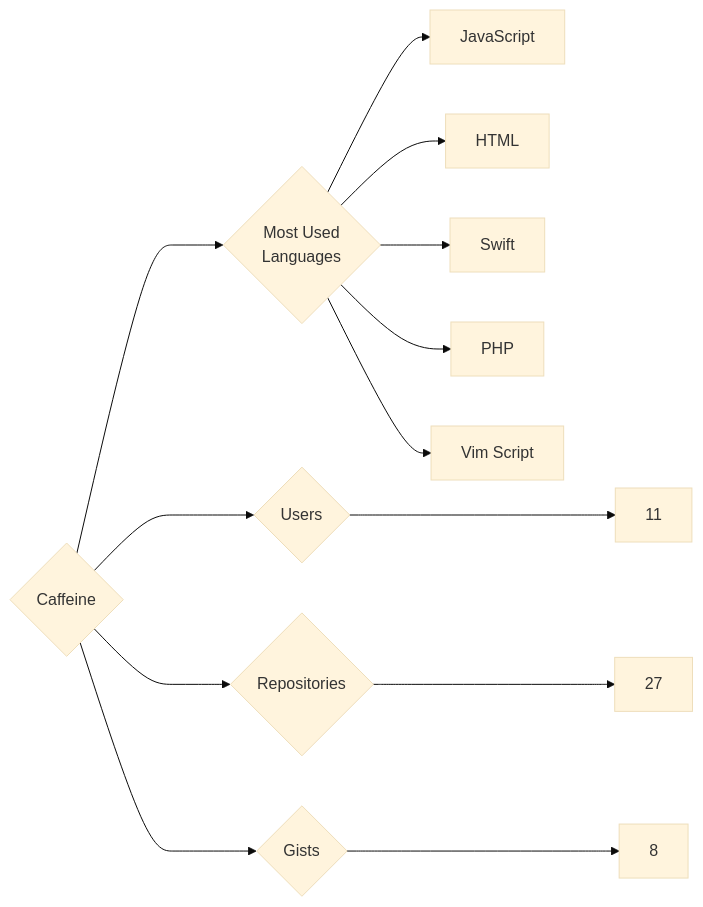
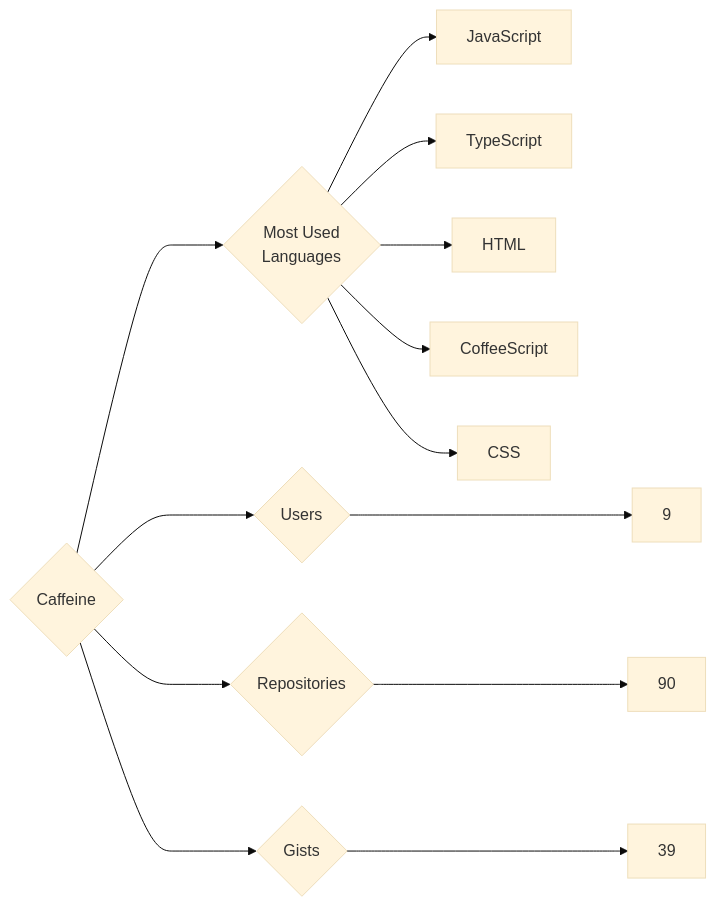
One commit to trickest/insiders changed the diagram in targets/Caffeine/README.md. Above: the diagram before and after it, drawn with Mermaid (base theme). The commit also changed 714 other files, not shown here.

````diff
--- a/targets/Caffeine/README.md
+++ b/targets/Caffeine/README.md
@@ -3,13 +3,13 @@
 ```mermaid
 graph LR
 COMPANY_NAME{Caffeine}
-COMPANY_NAME ---> U{Users} ---> UN[11]
-COMPANY_NAME ---> R{Repositories} ---> RN[27]
-COMPANY_NAME ---> G{Gists} ---> GN[8]
+COMPANY_NAME ---> U{Users} ---> UN[9]
+COMPANY_NAME ---> R{Repositories} ---> RN[90]
+COMPANY_NAME ---> G{Gists} ---> GN[39]
 COMPANY_NAME ---> ML{Most Used<br>Languages}
 ML --> JavaScript[JavaScript]
+ML --> TypeScript[TypeScript]
 ML --> HTML[HTML]
-ML --> Swift[Swift]
-ML --> PHP[PHP]
-ML --> Vim_Script[Vim Script]
+ML --> CoffeeScript[CoffeeScript]
+ML --> CSS[CSS]
 ```
````
